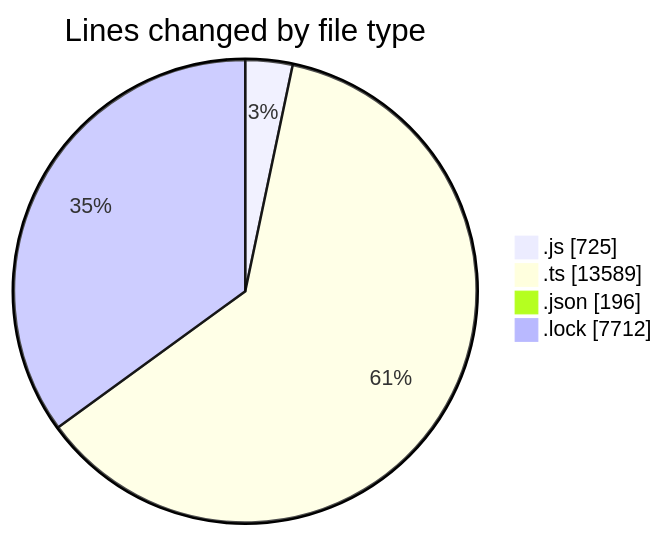
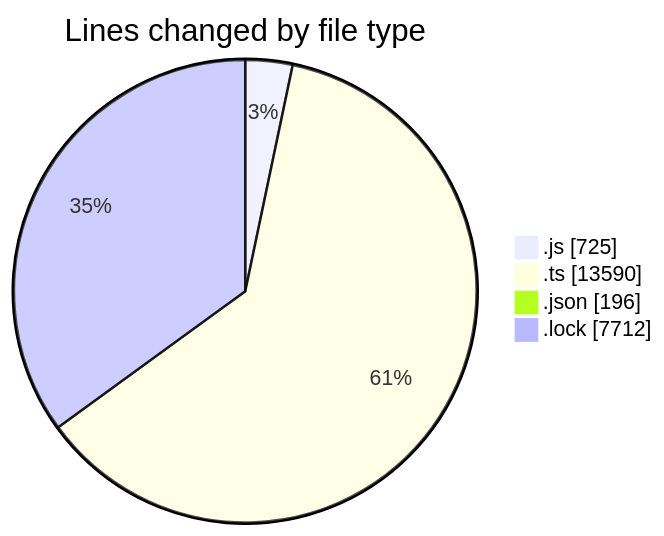
One commit to momahboobian/code-tracking changed the first of 2 diagrams in 2025-05-29/cda/README.md. Above: the diagram before and after it, drawn with Mermaid. The commit also changed other lines of this file and 1 other file, not shown here.

````diff
--- a/2025-05-29/cda/README.md
+++ b/2025-05-29/cda/README.md
@@ -36,8 +36,8 @@
 ```mermaid
 pie showData
 title Lines changed by file type
 ".js" : 725
-".ts" : 13589
+".ts" : 13590
 ".json" : 196
 ".lock" : 7712
 ```
````
